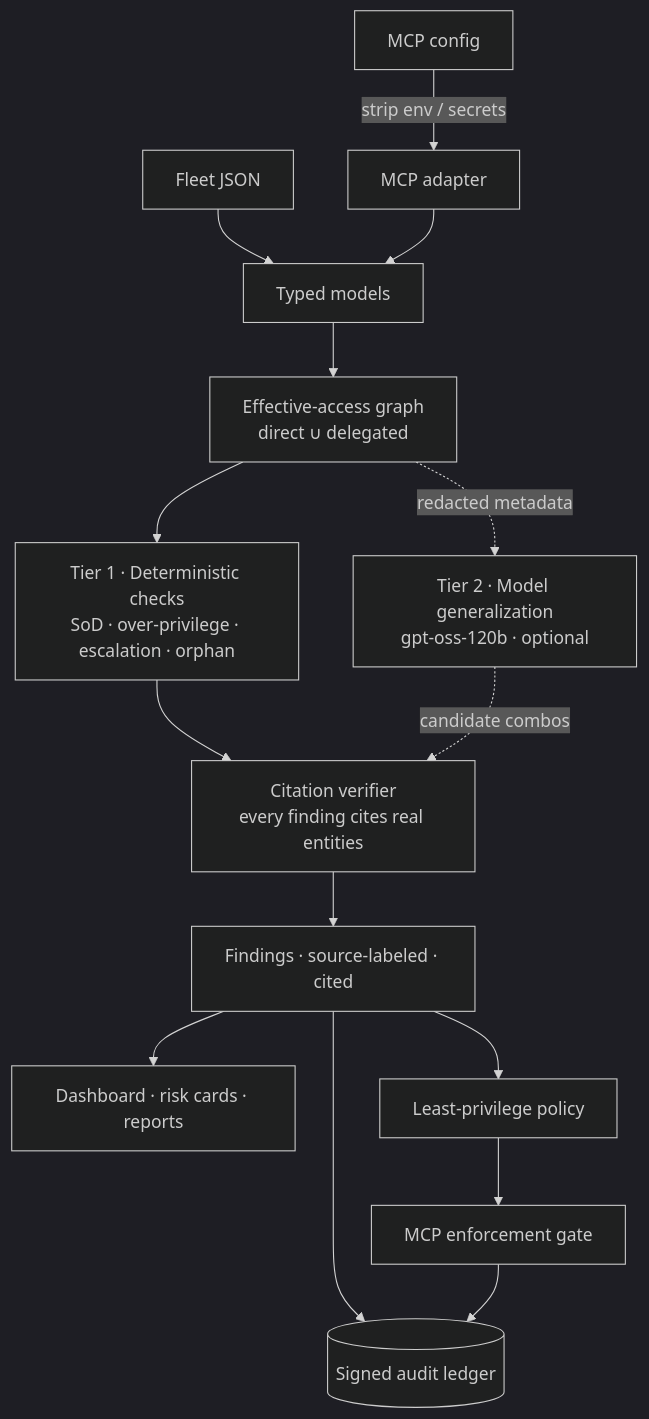
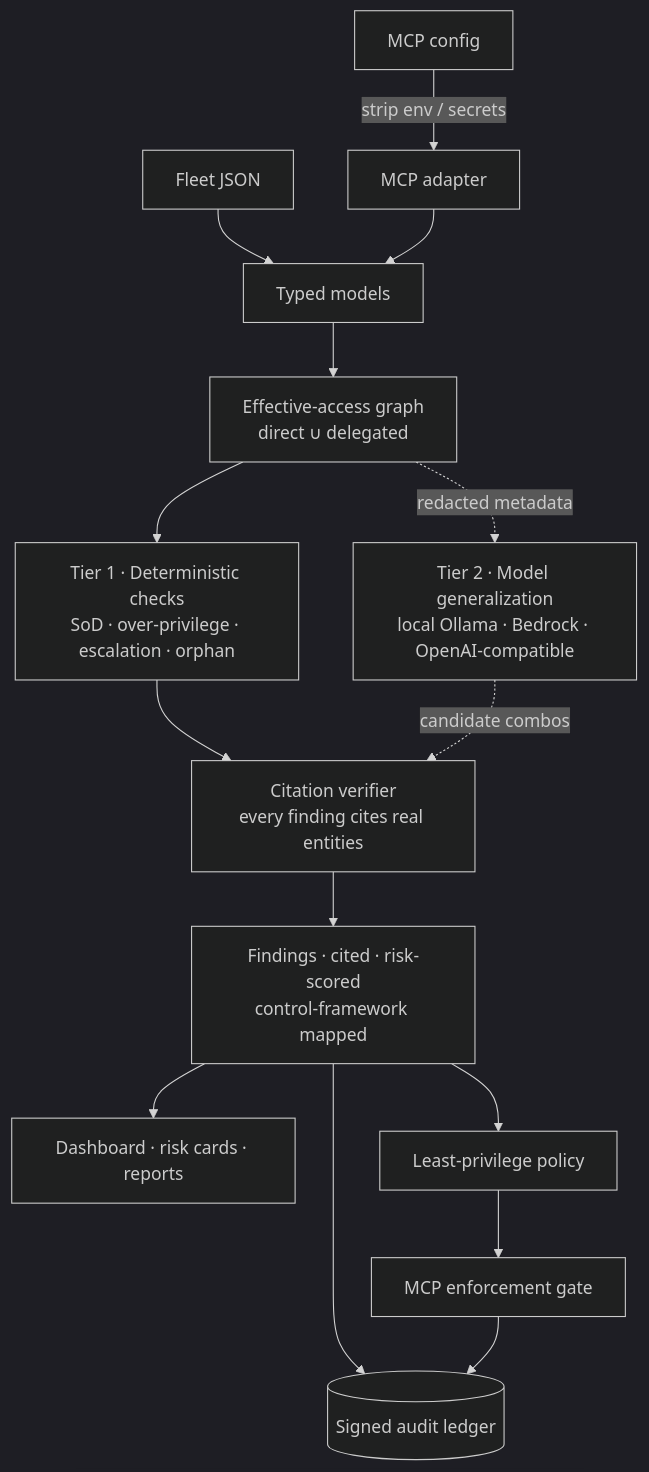
Before and after one commit to vrajjshah/steward: the diagram in README.md, drawn with Mermaid (dark theme). The commit also changed other lines of this file and 5 other files, not shown here.

````diff
--- a/README.md
+++ b/README.md
@@ -154,15 +154,15 @@
 ```mermaid
 flowchart TB
     FLEET["Fleet JSON"] --> LOAD
     MCP["MCP config"] -->|"strip env / secrets"| ADAPT["MCP adapter"] --> LOAD["Typed models"]
     LOAD --> GRAPH["Effective-access graph<br/>direct ∪ delegated"]
     GRAPH --> DET["Tier 1 · Deterministic checks<br/>SoD · over-privilege · escalation · orphan"]
-    GRAPH -.->|"redacted metadata"| LLM["Tier 2 · Model generalization<br/>gpt-oss-120b · optional"]
+    GRAPH -.->|"redacted metadata"| LLM["Tier 2 · Model generalization<br/>local Ollama · Bedrock · OpenAI-compatible"]
     DET --> CITE["Citation verifier<br/>every finding cites real entities"]
     LLM -.->|"candidate combos"| CITE
-    CITE --> FIND["Findings · source-labeled · cited"]
+    CITE --> FIND["Findings · cited · risk-scored<br/>control-framework mapped"]
     FIND --> OUT["Dashboard · risk cards · reports"]
     FIND --> POL["Least-privilege policy"] --> ENF["MCP enforcement gate"]
     FIND --> LED[("Signed audit ledger")]
     ENF --> LED
 ```
````
